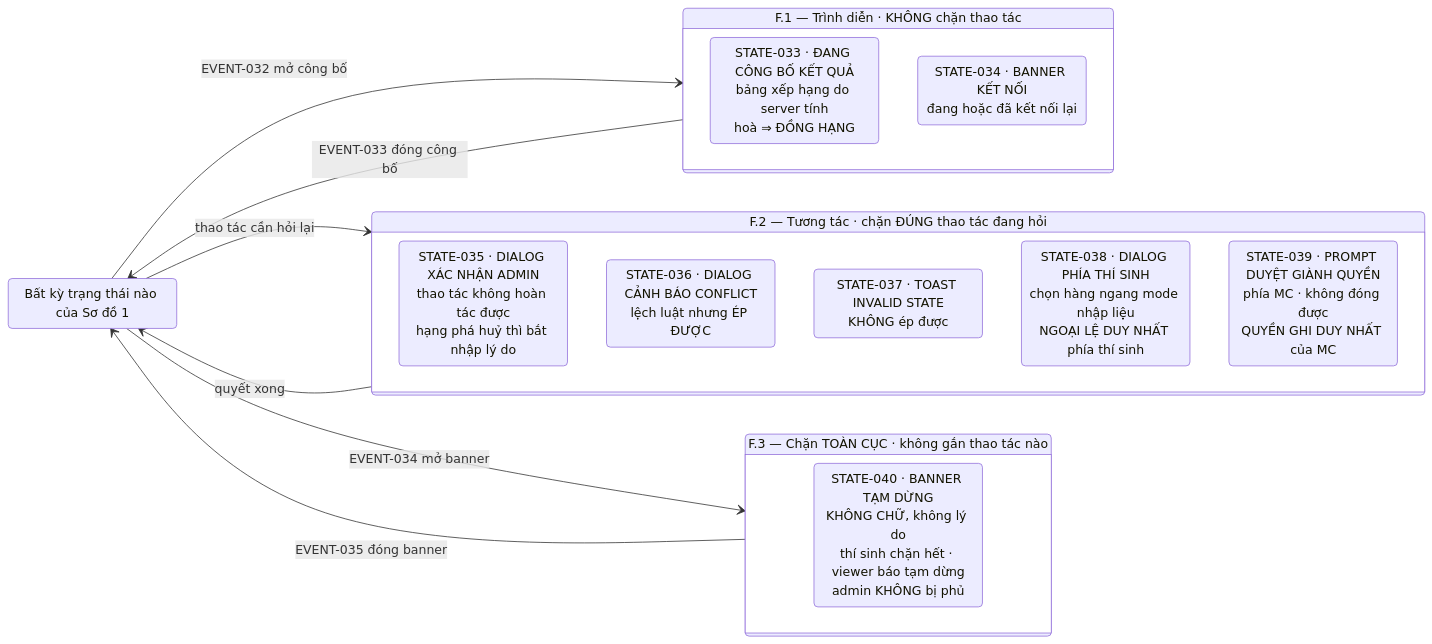
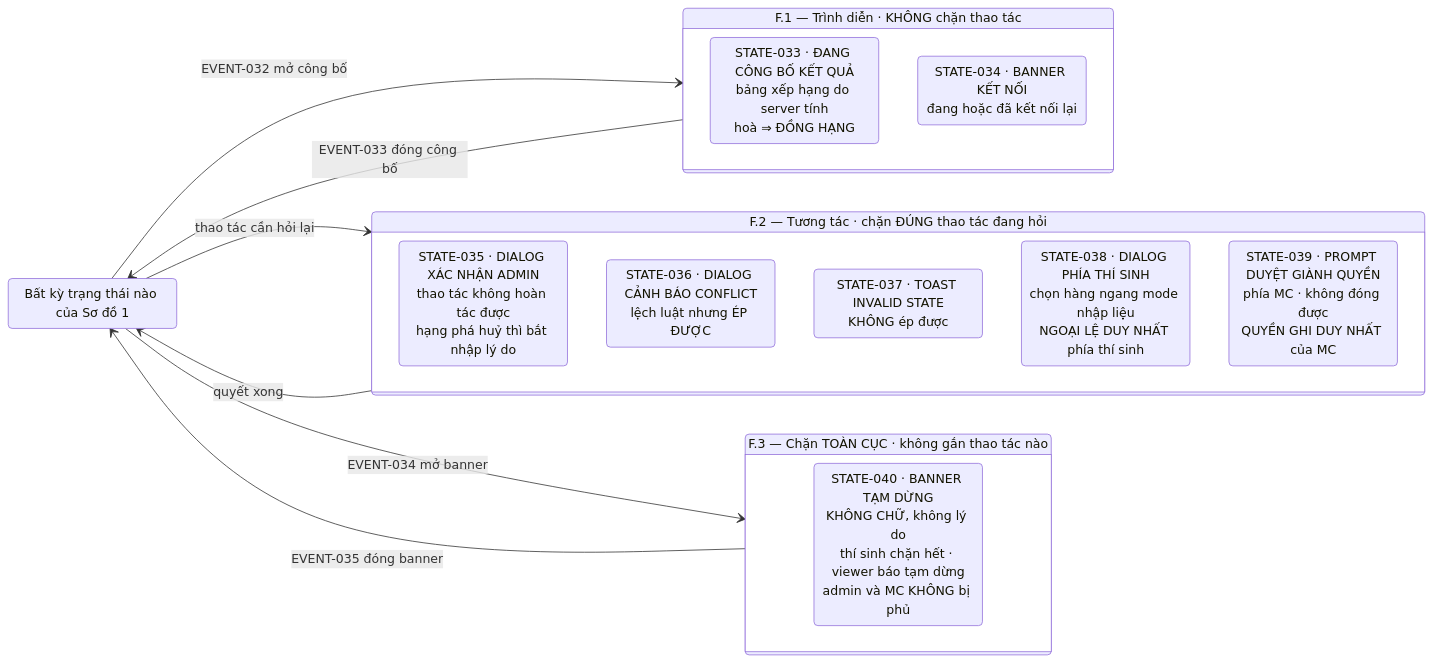
One commit to Noboroto/KnowledgeDome changed the seventh of 8 diagrams in docs/game-state-machine.md. Above: the diagram before and after it, drawn with Mermaid. The commit also changed other lines of this file and 12 other files, not shown here.

````diff
--- a/docs/game-state-machine.md
+++ b/docs/game-state-machine.md
@@ -221,25 +221,25 @@
 ```mermaid
 stateDiagram-v2
   direction LR
   state "Bất kỳ trạng thái nào của Sơ đồ 1" as BASE
   state "F.1 — Trình diễn · KHÔNG chặn thao tác" as F1 {
     S034: STATE-033 · ĐANG CÔNG BỐ KẾT QUẢ<br/>bảng xếp hạng do server tính<br/>hoà ⇒ ĐỒNG HẠNG
     S035: STATE-034 · BANNER KẾT NỐI<br/>đang hoặc đã kết nối lại
   }
   state "F.2 — Tương tác · chặn ĐÚNG thao tác đang hỏi" as F2 {
     S036: STATE-035 · DIALOG XÁC NHẬN ADMIN<br/>thao tác không hoàn tác được<br/>hạng phá huỷ thì bắt nhập lý do
     S037: STATE-036 · DIALOG CẢNH BÁO CONFLICT<br/>lệch luật nhưng ÉP ĐƯỢC
     S038: STATE-037 · TOAST INVALID STATE<br/>KHÔNG ép được
     S039: STATE-038 · DIALOG PHÍA THÍ SINH<br/>chọn hàng ngang mode nhập liệu<br/>NGOẠI LỆ DUY NHẤT phía thí sinh
     S040b: STATE-039 · PROMPT DUYỆT GIÀNH QUYỀN<br/>phía MC · không đóng được<br/>QUYỀN GHI DUY NHẤT của MC
   }
   state "F.3 — Chặn TOÀN CỤC · không gắn thao tác nào" as F3 {
-    S041: STATE-040 · BANNER TẠM DỪNG<br/>KHÔNG CHỮ, không lý do<br/>thí sinh chặn hết · viewer báo tạm dừng<br/>admin KHÔNG bị phủ
+    S041: STATE-040 · BANNER TẠM DỪNG<br/>KHÔNG CHỮ, không lý do<br/>thí sinh chặn hết · viewer báo tạm dừng<br/>admin và MC KHÔNG bị phủ
   }
   BASE --> F1: EVENT-032 mở công bố
   F1 --> BASE: EVENT-033 đóng công bố
   BASE --> F2: thao tác cần hỏi lại
   F2 --> BASE: quyết xong
   BASE --> F3: EVENT-034 mở banner
   F3 --> BASE: EVENT-035 đóng banner
 ```
````
